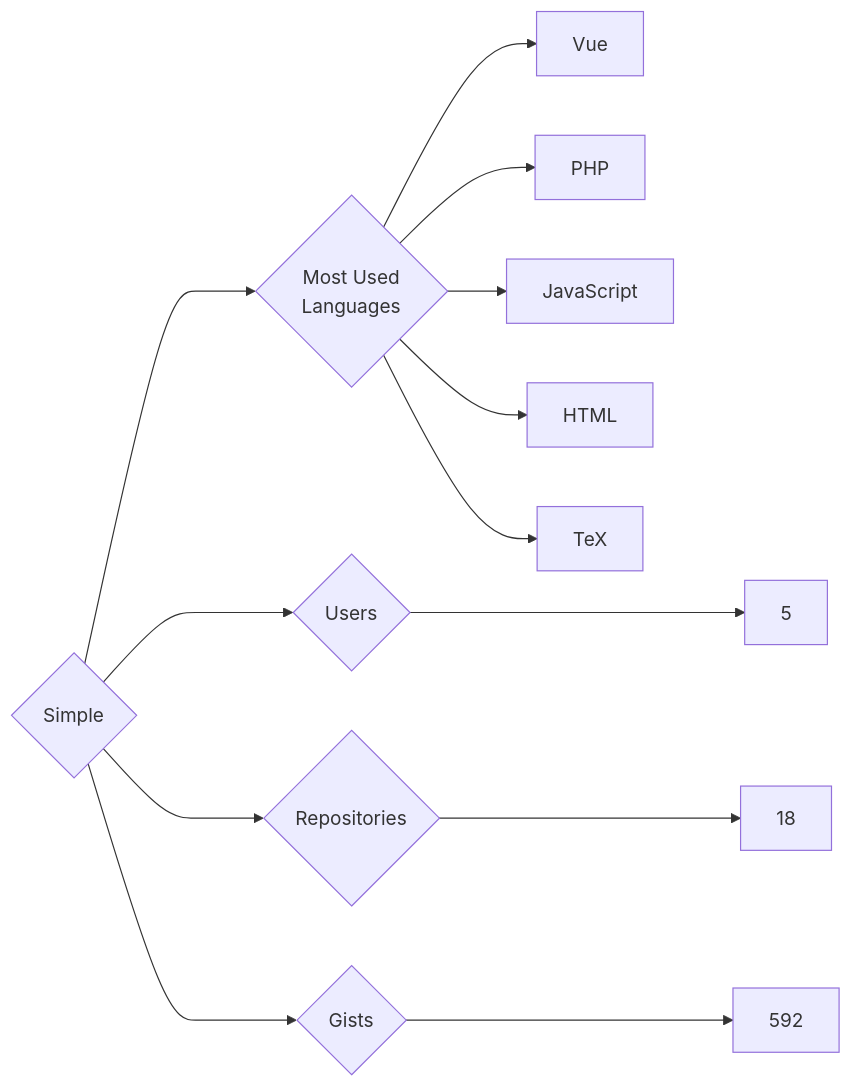
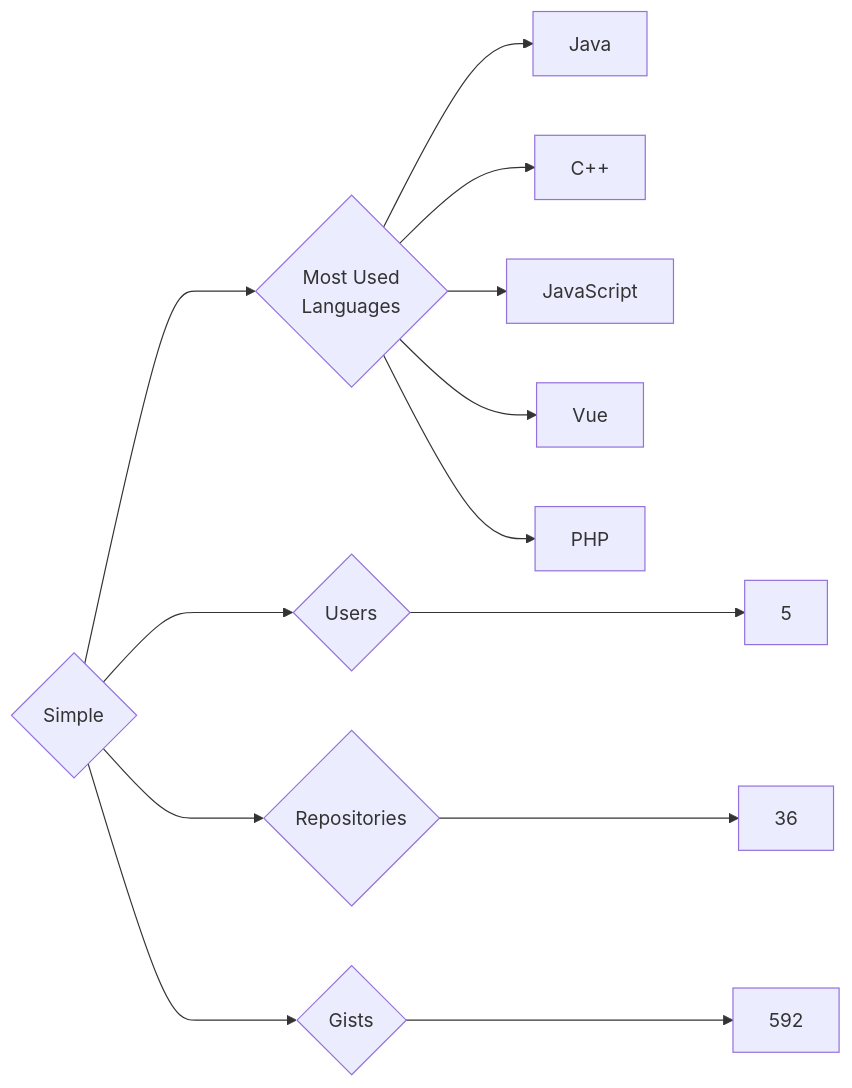
One commit to trickest/insiders changed the diagram in targets/Simple/README.md. Above: the diagram before and after it, drawn with Mermaid. The commit also changed 1389 other files, not shown here.

````diff
--- a/targets/Simple/README.md
+++ b/targets/Simple/README.md
@@ -3,13 +3,13 @@
 ```mermaid
 graph LR
 COMPANY_NAME{Simple}
 COMPANY_NAME ---> U{Users} ---> UN[5]
-COMPANY_NAME ---> R{Repositories} ---> RN[18]
+COMPANY_NAME ---> R{Repositories} ---> RN[36]
 COMPANY_NAME ---> G{Gists} ---> GN[592]
 COMPANY_NAME ---> ML{Most Used<br>Languages}
+ML --> Java[Java]
+ML --> C++[C++]
+ML --> JavaScript[JavaScript]
 ML --> Vue[Vue]
 ML --> PHP[PHP]
-ML --> JavaScript[JavaScript]
-ML --> HTML[HTML]
-ML --> TeX[TeX]
 ```
````
